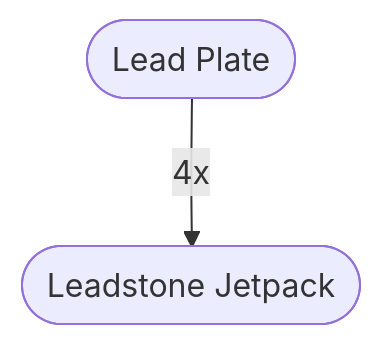
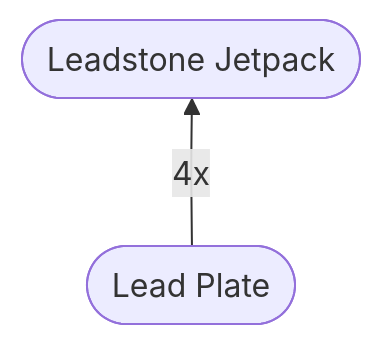
One commit to res0nat0r/minecraft changed the diagram in leadstone-backpack.md. Above: the diagram before and after it, drawn with Mermaid.

````diff
--- a/leadstone-backpack.md
+++ b/leadstone-backpack.md
@@ -1,11 +1,11 @@
 ```mermaid
-flowchart TD
+flowchart BT
 
 leadstone-jetpack([Leadstone Jetpack])
 
 lead-plate([Lead Plate])
 
 lead-plate -->|4x|leadstone-jetpack
 
 
 ```
````
